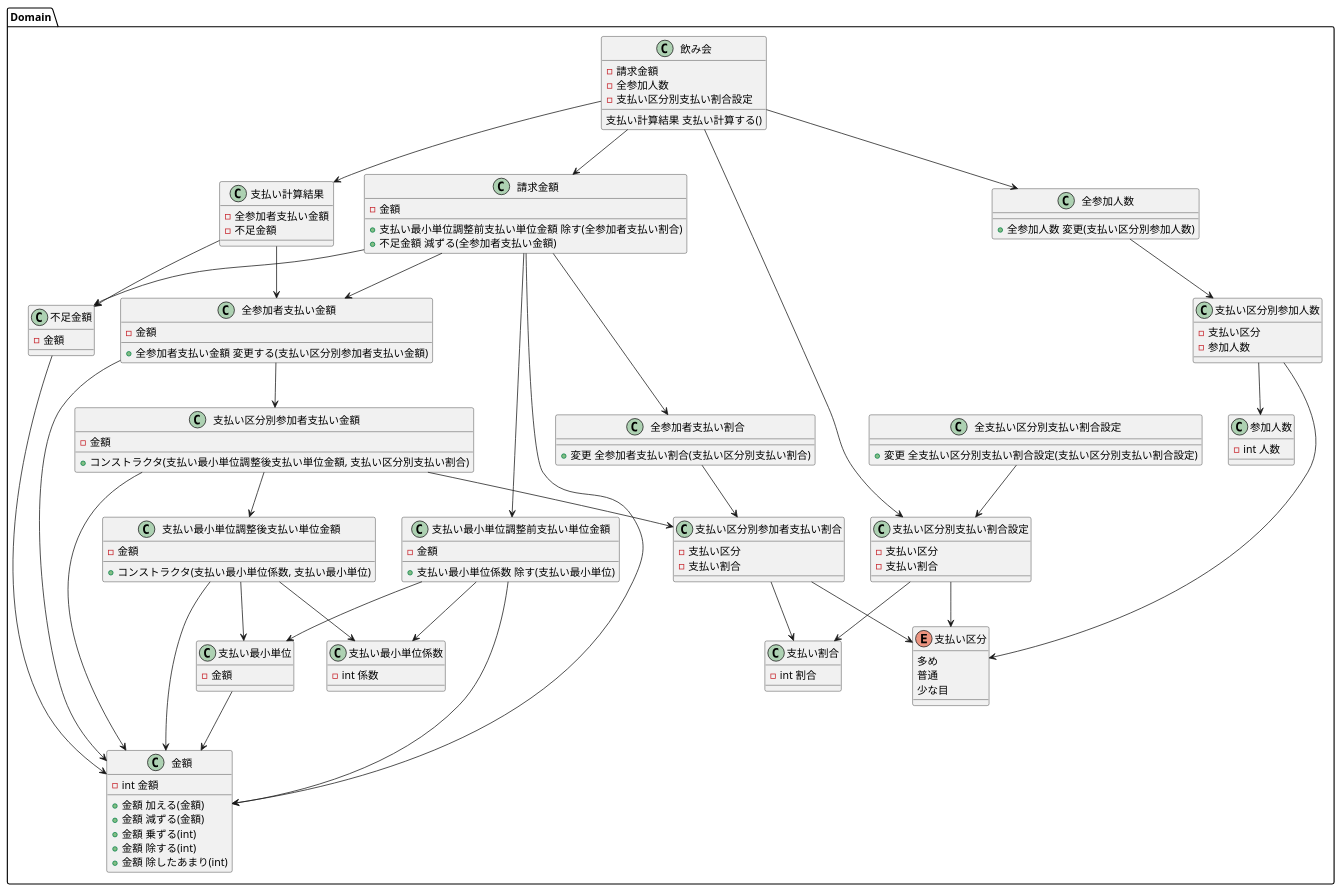
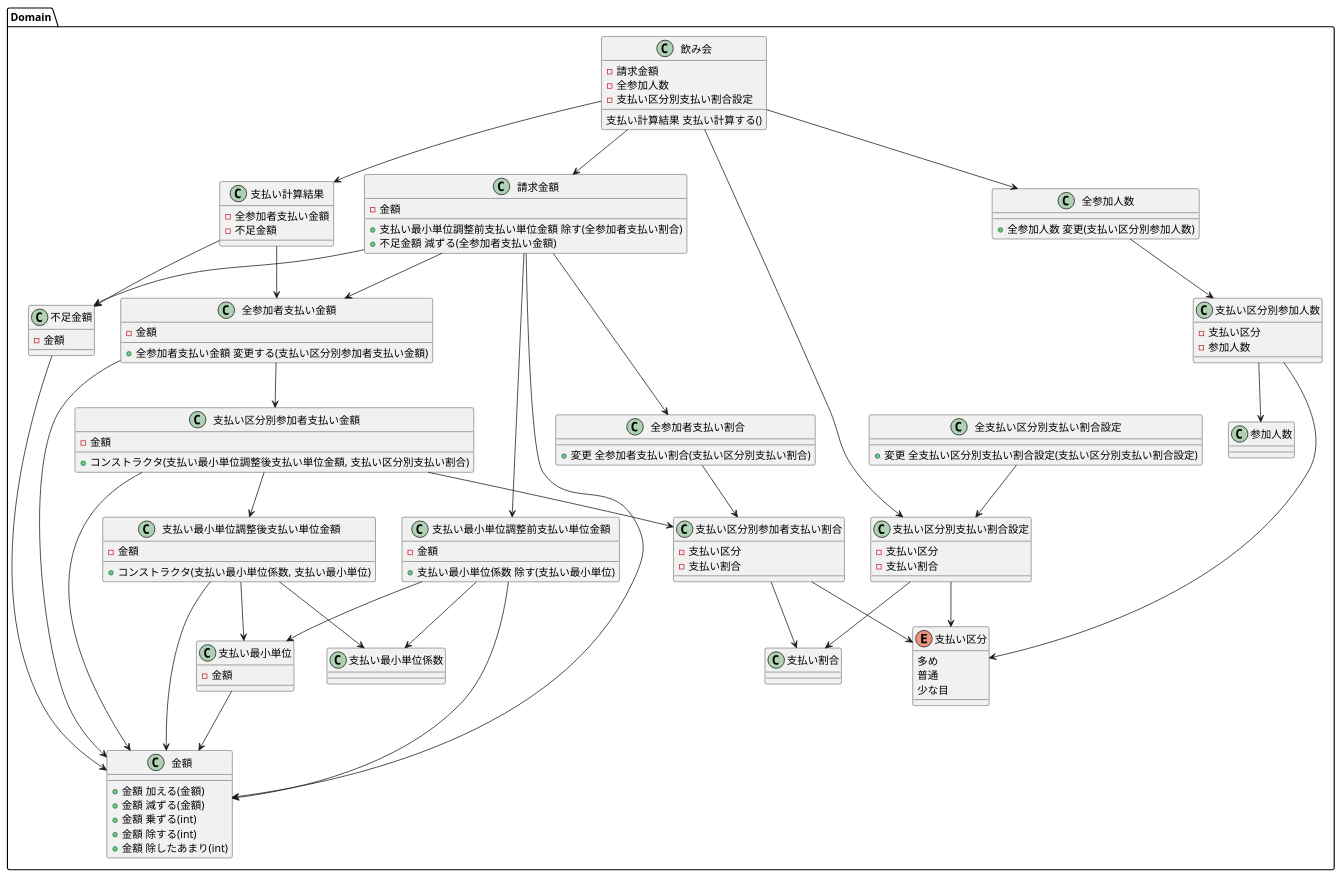
The diagram in docs/モデル.puml (burobo/warikan), drawn with PlantUML before and after one commit.

Commit message:
プリミティブ型のフィールドを削除

```diff
--- a/docs/モデル.puml
+++ b/docs/モデル.puml
@@ -1,151 +1,147 @@
 @startuml model
 package Domain {
 
     class 支払い計算結果 {
         - 全参加者支払い金額
         - 不足金額
     }
 
     class 金額 {
-        - int 金額
         + 金額 加える(金額)
         + 金額 減ずる(金額)
         + 金額 乗ずる(int)
         + 金額 除する(int)
         + 金額 除したあまり(int)
     }
 
     class 請求金額 {
         - 金額
         + 支払い最小単位調整前支払い単位金額 除す(全参加者支払い割合)
         + 不足金額 減ずる(全参加者支払い金額)
     }
 
     class 全参加者支払い金額 {
         - 金額
         + 全参加者支払い金額 変更する(支払い区分別参加者支払い金額)
     }
 
     class 支払い区分別参加者支払い金額 {
         - 金額
         + コンストラクタ(支払い最小単位調整後支払い単位金額, 支払い区分別支払い割合)
     }
 
     class 不足金額 {
         - 金額
     }
 
     class 支払い最小単位調整前支払い単位金額 {
         - 金額
         + 支払い最小単位係数 除す(支払い最小単位)
     }
 
     class 支払い最小単位調整後支払い単位金額 {
         - 金額
         + コンストラクタ(支払い最小単位係数, 支払い最小単位)
     }
 
     class 支払い最小単位 {
         - 金額
     }
 
     class 支払い最小単位係数 {
-        - int 係数
     }
         
     enum 支払い区分 {
         多め
         普通
         少な目
     }
 
     class 支払い割合 {
-        - int 割合
     }
 
     class 支払い区分別支払い割合設定 {
         - 支払い区分
         - 支払い割合
     }
 
     class 全支払い区分別支払い割合設定 {
         + 変更 全支払い区分別支払い割合設定(支払い区分別支払い割合設定)
     }
 
     class 支払い区分別参加者支払い割合 {
         - 支払い区分
         - 支払い割合
     }
 
     class 全参加者支払い割合 {
         + 変更 全参加者支払い割合(支払い区分別支払い割合)
     }
 
     class 飲み会 {
         - 請求金額
         - 全参加人数
         - 支払い区分別支払い割合設定
         支払い計算結果 支払い計算する()
     }
 
     class 参加人数 {
-        - int 人数
     }
 
     class 支払い区分別参加人数 {
         - 支払い区分
         - 参加人数
     }
 
     class 全参加人数 {
         + 全参加人数 変更(支払い区分別参加人数)
     }
 }
 
 支払い計算結果 --> 全参加者支払い金額
 支払い計算結果 --> 不足金額
 
 請求金額 --> 支払い最小単位調整前支払い単位金額
 請求金額 --> 全参加者支払い割合
 請求金額 --> 全参加者支払い金額
 請求金額 --> 不足金額
 
 支払い区分別参加者支払い金額 --> 支払い最小単位調整後支払い単位金額
 支払い区分別参加者支払い金額 --> 支払い区分別参加者支払い割合
 
 全参加者支払い金額 --> 支払い区分別参加者支払い金額
 
 支払い最小単位調整前支払い単位金額 --> 支払い最小単位係数
 支払い最小単位調整前支払い単位金額 --> 支払い最小単位
 
 支払い最小単位調整後支払い単位金額 --> 支払い最小単位係数
 支払い最小単位調整後支払い単位金額 --> 支払い最小単位
 
 支払い区分別支払い割合設定 --> 支払い区分
 支払い区分別支払い割合設定 --> 支払い割合
 
 全支払い区分別支払い割合設定 --> 支払い区分別支払い割合設定
 
 支払い区分別参加者支払い割合 --> 支払い区分
 支払い区分別参加者支払い割合 --> 支払い割合
 
 全参加者支払い割合 --> 支払い区分別参加者支払い割合
 
 飲み会 --> 支払い計算結果
 飲み会 --> 請求金額
 飲み会 --> 全参加人数
 飲み会 --> 支払い区分別支払い割合設定
 
 支払い区分別参加人数 --> 支払い区分
 支払い区分別参加人数 --> 参加人数
 
 全参加人数 --> 支払い区分別参加人数
 
 請求金額 --> 金額
 全参加者支払い金額 --> 金額
 支払い区分別参加者支払い金額 --> 金額
 不足金額 --> 金額
 支払い最小単位調整前支払い単位金額 --> 金額
 支払い最小単位調整後支払い単位金額 --> 金額
 支払い最小単位 --> 金額
 @enduml
```
